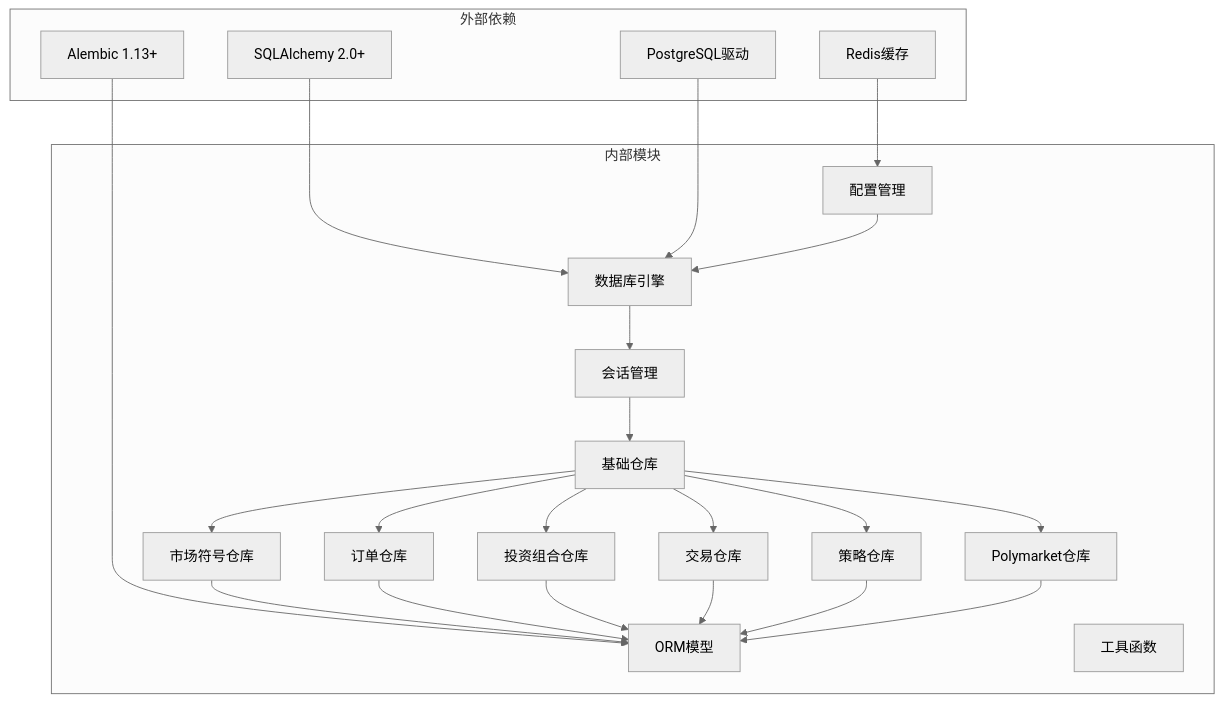
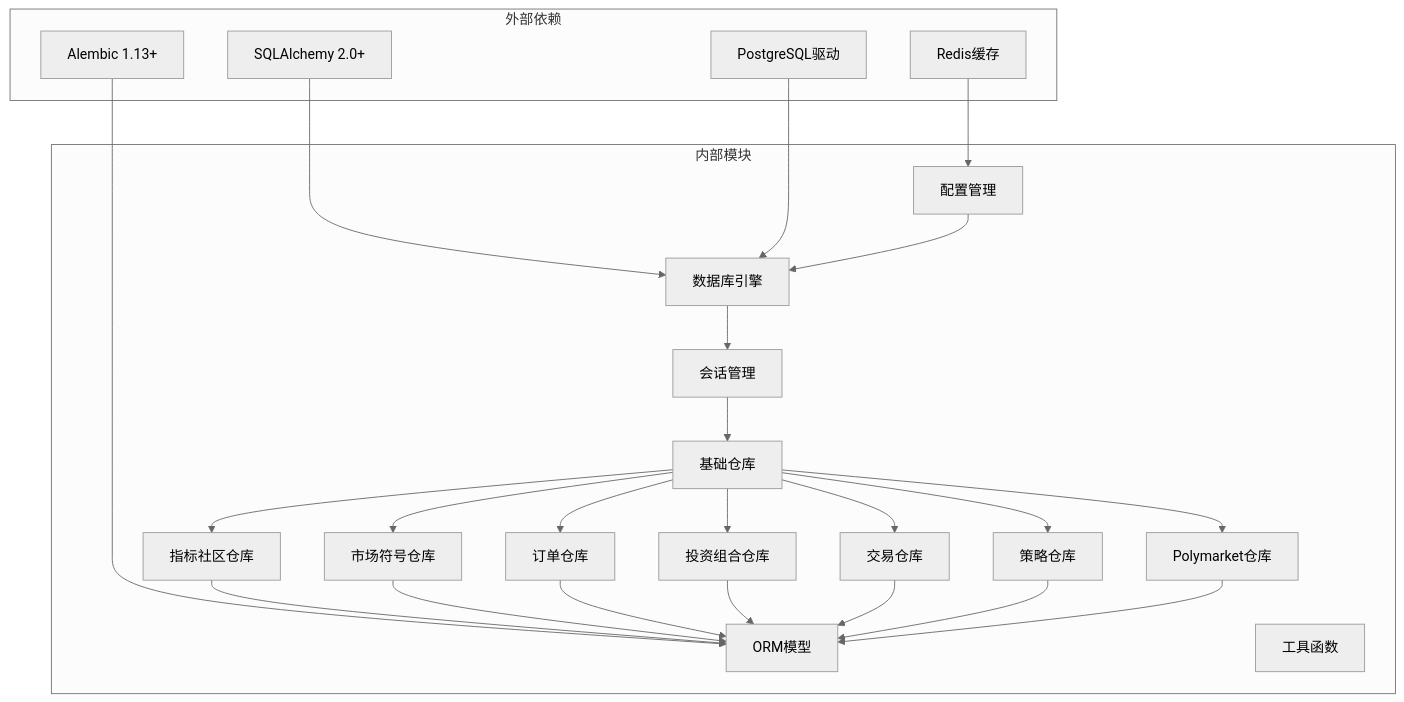
Diagram 12 of 12 in .qoder/repowiki/zh/content/核心功能模块/数据库现代化与ORM架构.md (joezxh/QuantDinger), drawn with Mermaid (neutral theme) before and after one commit. The commit also changed other lines of this file and 160 other files, not shown here.

First line of the commit message:
feat(sync): 添加通用同步调度器和知识图谱分析功能

````diff
--- a/.qoder/repowiki/zh/content/核心功能模块/数据库现代化与ORM架构.md
+++ b/.qoder/repowiki/zh/content/核心功能模块/数据库现代化与ORM架构.md
@@ -720,42 +834,45 @@
 ```mermaid
 graph TB
 subgraph "外部依赖"
 SQLAlchemy[SQLAlchemy 2.0+]
 Alembic[Alembic 1.13+]
 PostgreSQL[PostgreSQL驱动]
 Redis[Redis缓存]
 end
 subgraph "内部模块"
 Engine[数据库引擎]
 Session[会话管理]
 BaseRepo[基础仓库]
+IndicatorRepo[指标社区仓库]
 MarketRepo[市场符号仓库]
 OrderRepo[订单仓库]
 PortfolioRepo[投资组合仓库]
 TradeRepo[交易仓库]
 StrategyRepo[策略仓库]
 PolymarketRepo[Polymarket仓库]
 Models[ORM模型]
 Utils[工具函数]
 Config[配置管理]
 end
 SQLAlchemy --> Engine
 Alembic --> Models
 PostgreSQL --> Engine
 Redis --> Config
 Engine --> Session
 Session --> BaseRepo
+BaseRepo --> IndicatorRepo
 BaseRepo --> MarketRepo
 BaseRepo --> OrderRepo
 BaseRepo --> PortfolioRepo
 BaseRepo --> TradeRepo
 BaseRepo --> StrategyRepo
 BaseRepo --> PolymarketRepo
+IndicatorRepo --> Models
 MarketRepo --> Models
 OrderRepo --> Models
 PortfolioRepo --> Models
 TradeRepo --> Models
 StrategyRepo --> Models
 PolymarketRepo --> Models
 Config --> Engine
 ```
````
